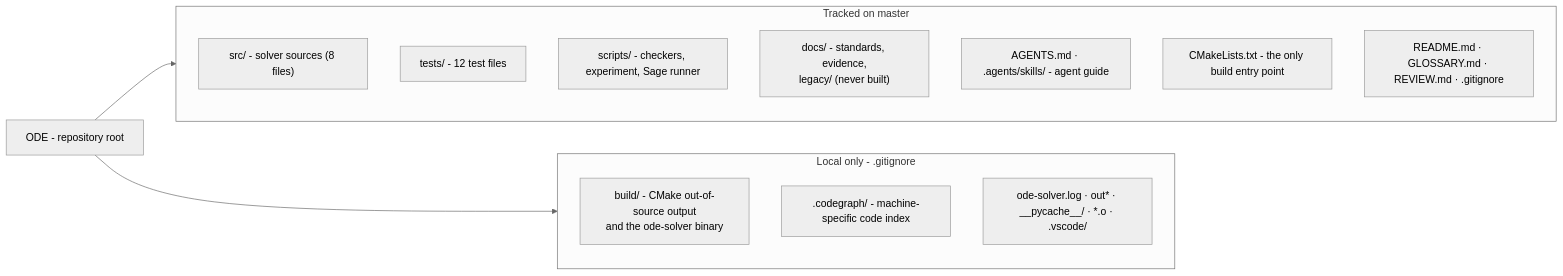
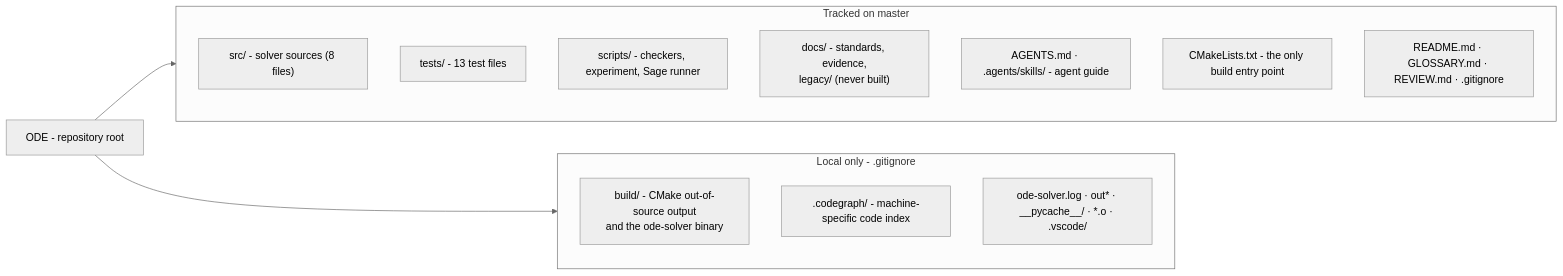
One commit to Lmex89/ODE changed the second of 3 diagrams in README.md. Above: the diagram before and after it, drawn with Mermaid (neutral theme). The commit also changed other lines of this file and 5 other files, not shown here.

````diff
--- a/README.md
+++ b/README.md
@@ -66,25 +66,25 @@
 ```mermaid
 flowchart LR
     ROOT["ODE - repository root"]
 
     subgraph TRACK["Tracked on master"]
         direction TB
         SRC["src/ - solver sources (8 files)"]
-        TST["tests/ - 12 test files"]
+        TST["tests/ - 13 test files"]
         SCR["scripts/ - checkers, experiment, Sage runner"]
         DOC["docs/ - standards, evidence,<br/>legacy/ (never built)"]
         AGT["AGENTS.md · .agents/skills/ - agent guide"]
         CFG["CMakeLists.txt - the only build entry point"]
         META["README.md · GLOSSARY.md · REVIEW.md · .gitignore"]
     end
 
     subgraph LOCAL["Local only - .gitignore"]
         direction TB
         BLD["build/ - CMake out-of-source output<br/>and the ode-solver binary"]
         CGF[".codegraph/ - machine-specific code index"]
         ART["ode-solver.log · out* · __pycache__/ · *.o · .vscode/"]
     end
 
     ROOT --> TRACK
     ROOT --> LOCAL
 ```
````
